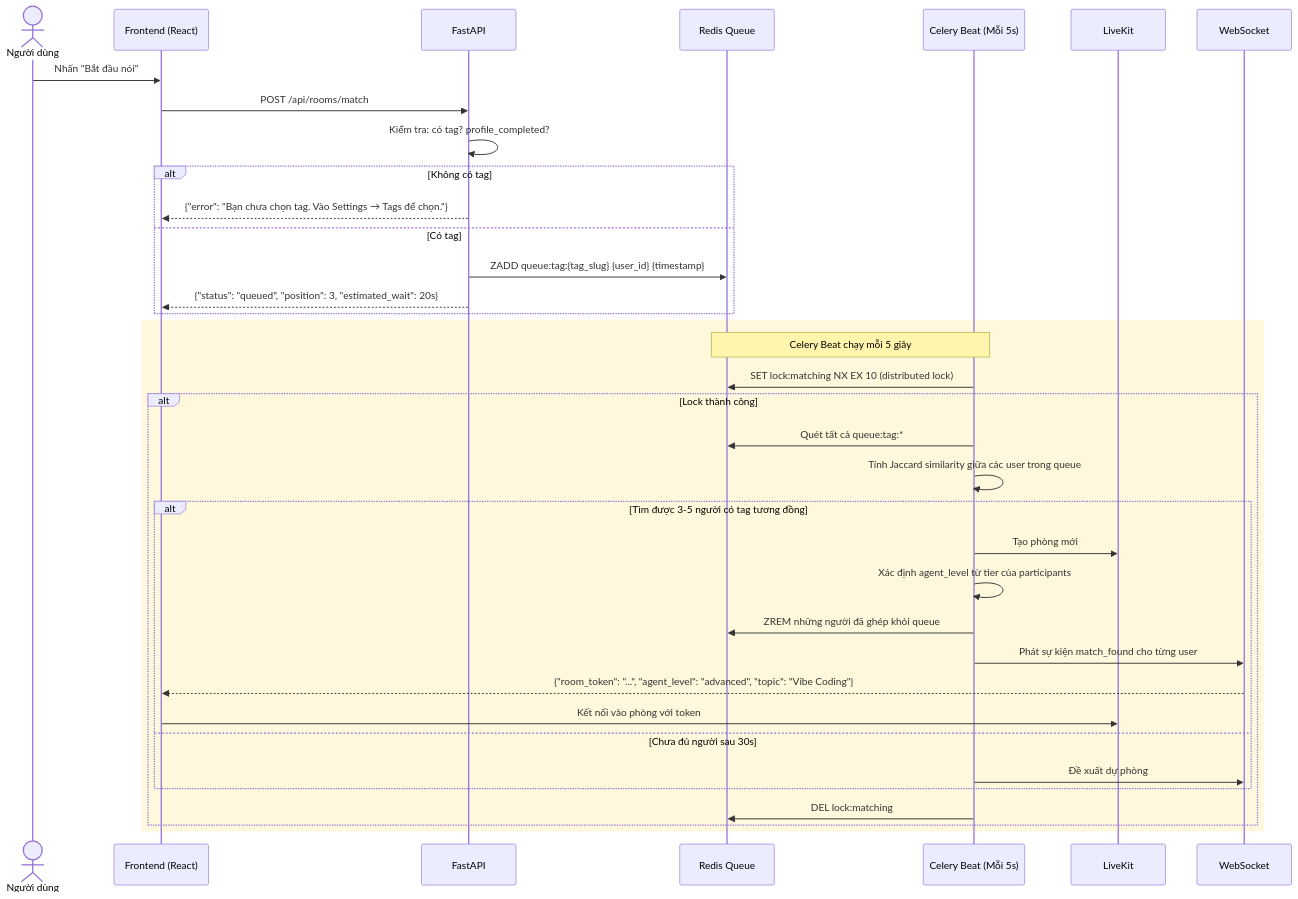
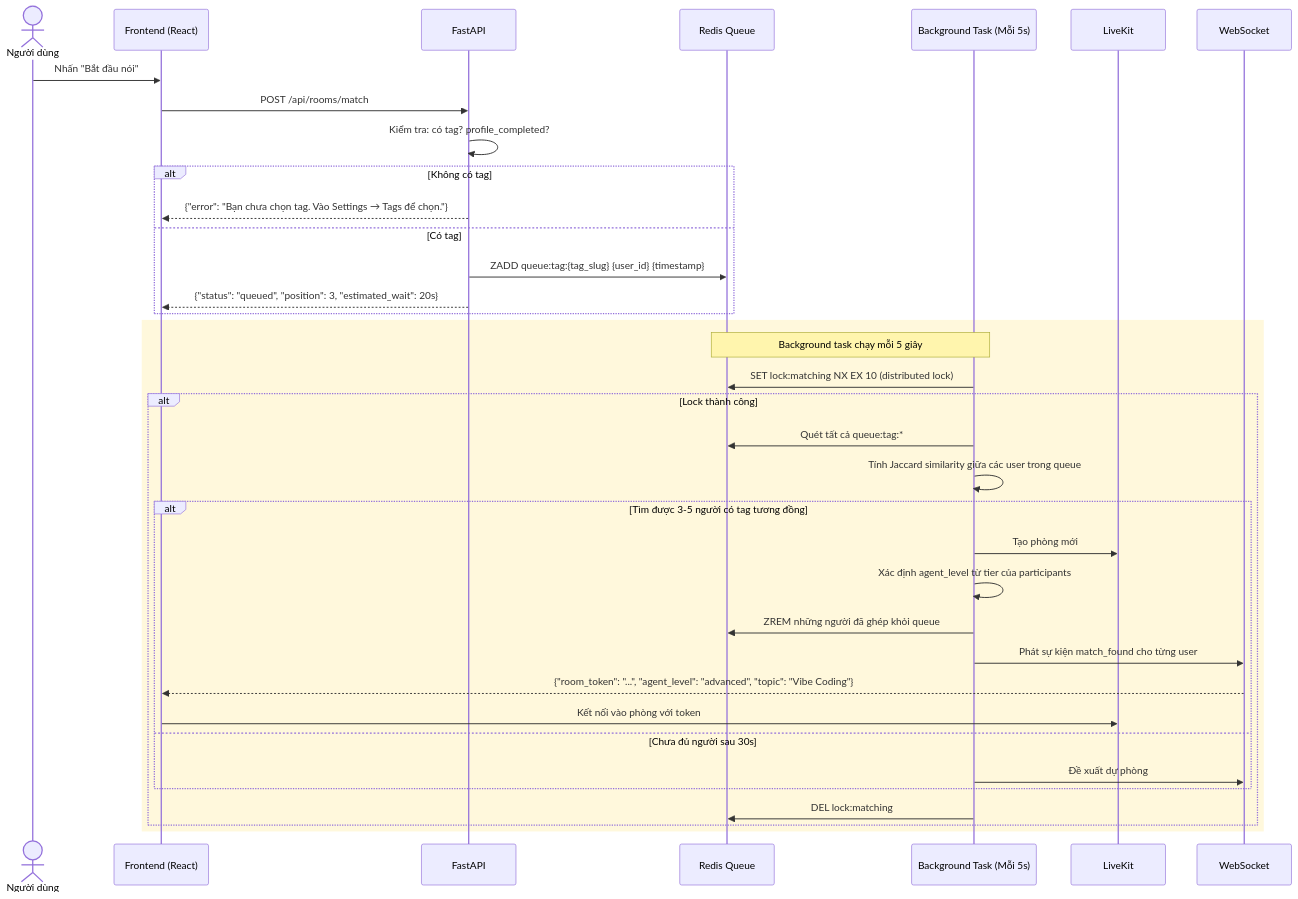
The second of 9 diagrams in docs/workflow.md (bexanhtuoi/E-Room), drawn with Mermaid before and after one commit. The commit also changed other lines of this file and 17 other files, not shown here.

First line of the commit message:
feat: remove celery, sync mic mute with audio capture, update docs to match actual architecture

````diff
--- a/docs/workflow.md
+++ b/docs/workflow.md
@@ -160,40 +160,40 @@
 ```mermaid
 sequenceDiagram
     actor U as Người dùng
     participant FE as Frontend (React)
     participant API as FastAPI
     participant RQ as Redis Queue
-    participant CEL as Celery Beat (Mỗi 5s)
+    participant BG as Background Task (Mỗi 5s)
     participant LK as LiveKit
     participant WS as WebSocket
 
     U->>FE: Nhấn "Bắt đầu nói"
     FE->>API: POST /api/rooms/match
     API->>API: Kiểm tra: có tag? profile_completed?
     alt Không có tag
         API-->>FE: {"error": "Bạn chưa chọn tag. Vào Settings → Tags để chọn."}
     else Có tag
         API->>RQ: ZADD queue:tag:{tag_slug} {user_id} {timestamp}
         API-->>FE: {"status": "queued", "position": 3, "estimated_wait": 20s}
     end
 
     rect rgb(255, 248, 220)
-        Note over CEL,RQ: Celery Beat chạy mỗi 5 giây
-        CEL->>RQ: SET lock:matching NX EX 10 (distributed lock)
+        Note over BG,RQ: Background task chạy mỗi 5 giây
+        BG->>RQ: SET lock:matching NX EX 10 (distributed lock)
         alt Lock thành công
-            CEL->>RQ: Quét tất cả queue:tag:*
-            CEL->>CEL: Tính Jaccard similarity giữa các user trong queue
+            BG->>RQ: Quét tất cả queue:tag:*
+            BG->>BG: Tính Jaccard similarity giữa các user trong queue
             alt Tìm được 3-5 người có tag tương đồng
-                CEL->>LK: Tạo phòng mới
-                CEL->>CEL: Xác định agent_level từ tier của participants
-                CEL->>RQ: ZREM những người đã ghép khỏi queue
-                CEL->>WS: Phát sự kiện match_found cho từng user
+                BG->>LK: Tạo phòng mới
+                BG->>BG: Xác định agent_level từ tier của participants
+                BG->>RQ: ZREM những người đã ghép khỏi queue
+                BG->>WS: Phát sự kiện match_found cho từng user
                 WS-->>FE: {"room_token": "...", "agent_level": "advanced", "topic": "Vibe Coding"}
                 FE->>LK: Kết nối vào phòng với token
             else Chưa đủ người sau 30s
-                CEL->>WS: Đề xuất dự phòng
+                BG->>WS: Đề xuất dự phòng
             end
-            CEL->>RQ: DEL lock:matching
+            BG->>RQ: DEL lock:matching
         end
     end
 ```
````
